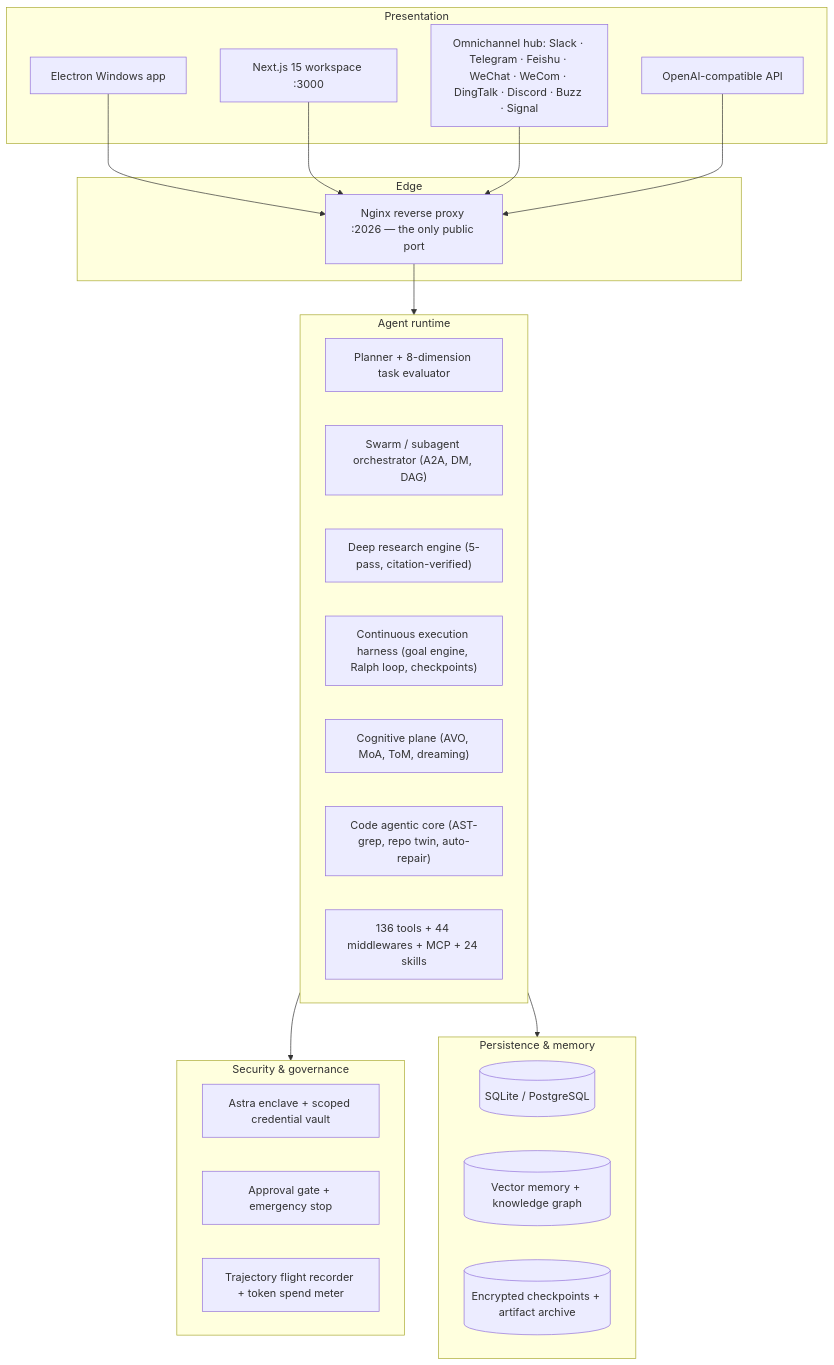
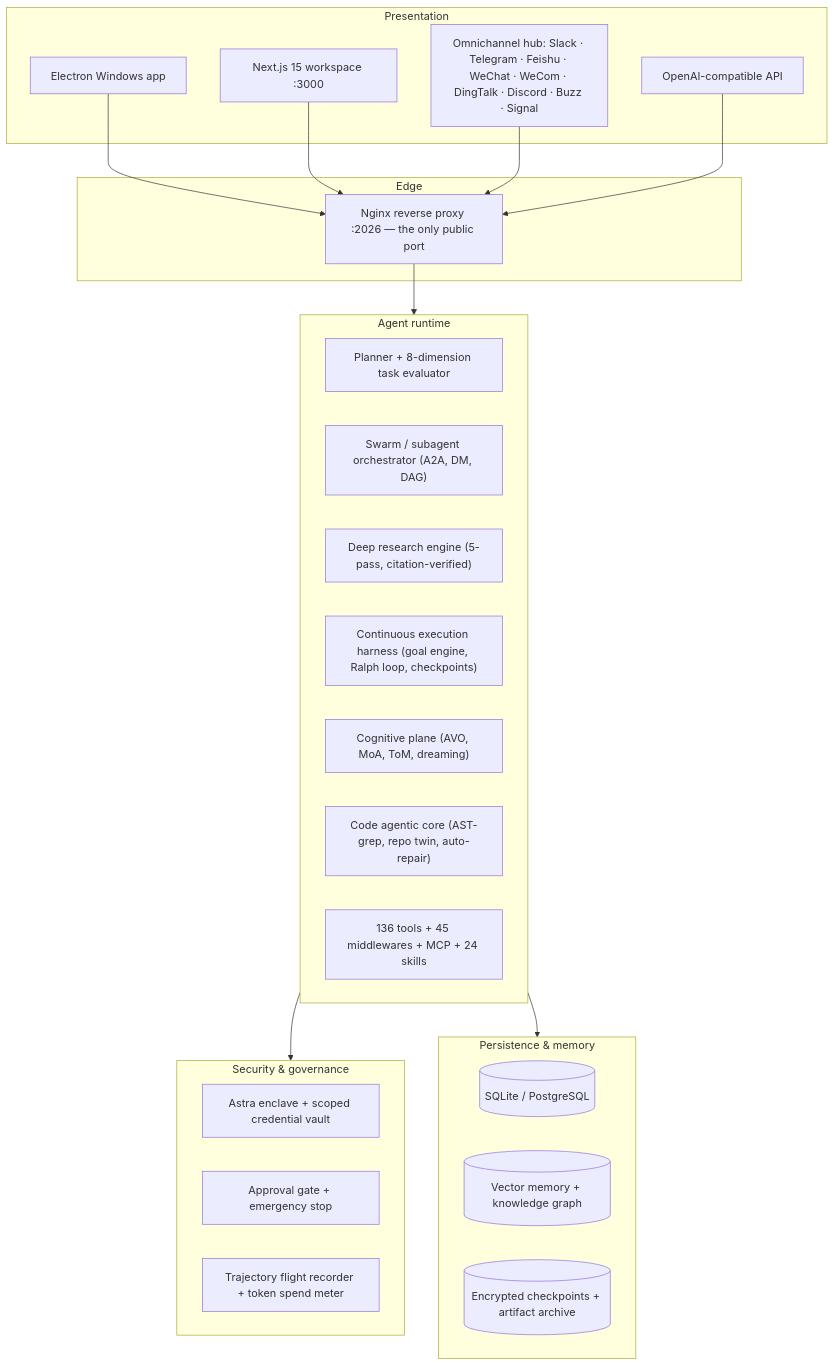
The diagram in README.md (itsPremkumar/alpha), drawn with Mermaid before and after one commit. The commit also changed other lines of this file and 25 other files, not shown here.

````diff
--- a/README.md
+++ b/README.md
@@ -137,43 +137,43 @@
 ```mermaid
 flowchart TB
     subgraph Presentation ["Presentation"]
         Electron["Electron Windows app"]
         Web["Next.js 15 workspace :3000"]
         IM["Omnichannel hub: Slack · Telegram · Feishu · WeChat · WeCom · DingTalk · Discord · Buzz · Signal"]
         OpenAICompat["OpenAI-compatible API"]
     end
 
     subgraph Edge ["Edge"]
         Nginx["Nginx reverse proxy :2026 — the only public port"]
     end
 
     subgraph Runtime ["Agent runtime"]
         Planner["Planner + 8-dimension task evaluator"]
         Orchestrator["Swarm / subagent orchestrator (A2A, DM, DAG)"]
         Research["Deep research engine (5-pass, citation-verified)"]
         Harness["Continuous execution harness (goal engine, Ralph loop, checkpoints)"]
         Cognition["Cognitive plane (AVO, MoA, ToM, dreaming)"]
         CodeCore["Code agentic core (AST-grep, repo twin, auto-repair)"]
-        Tools["136 tools + 44 middlewares + MCP + 24 skills"]
+        Tools["136 tools + 45 middlewares + MCP + 24 skills"]
     end
 
     subgraph Security ["Security & governance"]
         Astra["Astra enclave + scoped credential vault"]
         Approval["Approval gate + emergency stop"]
         Audit["Trajectory flight recorder + token spend meter"]
     end
 
     subgraph Storage ["Persistence & memory"]
         DB[("SQLite / PostgreSQL")]
         Mem[("Vector memory + knowledge graph")]
         CKPT[("Encrypted checkpoints + artifact archive")]
     end
 
     Electron --> Nginx
     Web --> Nginx
     IM --> Nginx
     OpenAICompat --> Nginx
     Nginx --> Runtime
     Runtime --> Security
     Runtime --> Storage
 ```
````
